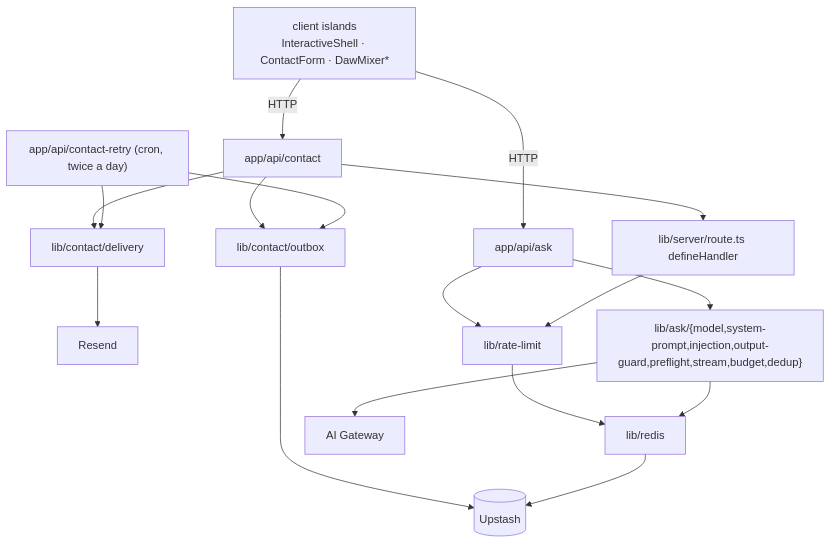
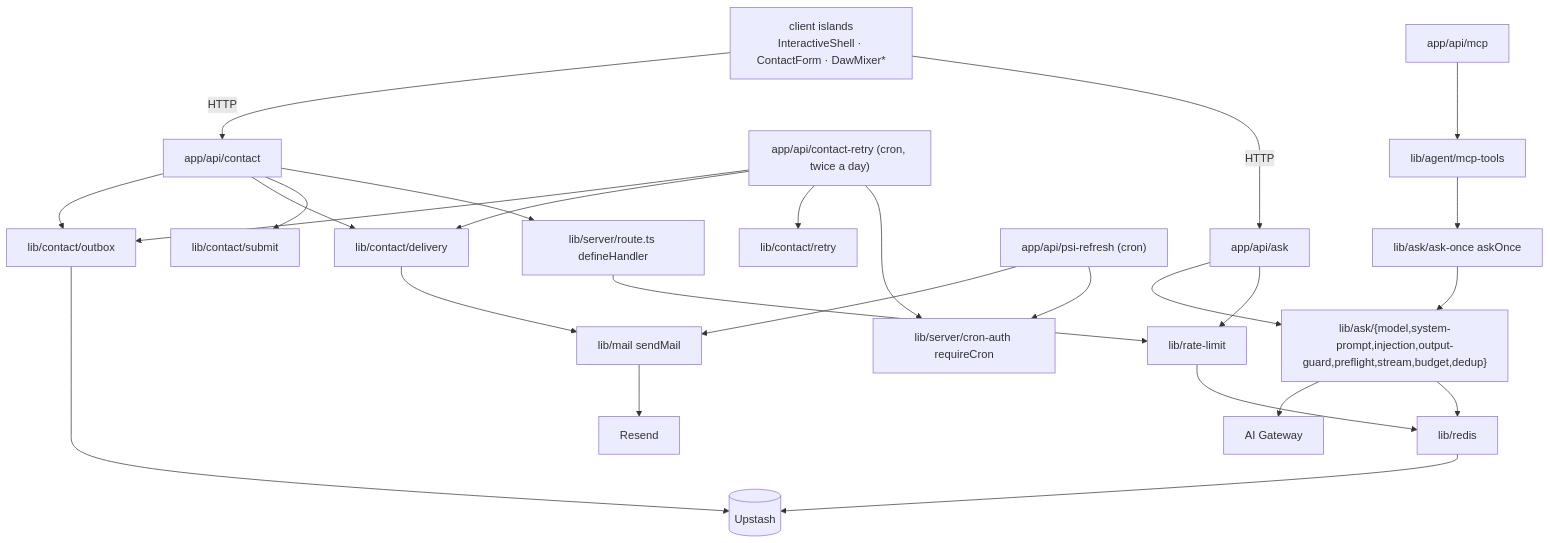
Before and after one commit to erikunha/portfolio: the seventh of 7 diagrams in docs/01-architecture.md, drawn with Mermaid. The commit also changed other lines of this file and 4 other files, not shown here.

First line of the commit message:
docs(architecture): describe in-process MCP ask, one mail sender, contact use cases

````diff
--- a/docs/01-architecture.md
+++ b/docs/01-architecture.md
@@ -146,19 +147,28 @@
 ```mermaid
 flowchart TD
     island["client islands<br/>InteractiveShell · ContactForm · DawMixer*"] -->|HTTP| apiask["app/api/ask"]
     island -->|HTTP| apicontact["app/api/contact"]
     apicontact --> defh["lib/server/route.ts defineHandler"]
+    apicontact --> submit["lib/contact/submit"]
     apicontact --> delivery["lib/contact/delivery"]
     apicontact --> outbox["lib/contact/outbox"]
-    retry["app/api/contact-retry (cron, twice a day)"] --> delivery
+    retry["app/api/contact-retry (cron, twice a day)"] --> cron["lib/server/cron-auth requireCron"]
+    retry --> retrymod["lib/contact/retry"]
+    retry --> delivery
     retry --> outbox
     outbox --> redis
-    delivery --> resend["Resend"]
+    delivery --> mail["lib/mail sendMail"]
+    psirefresh["app/api/psi-refresh (cron)"] --> cron
+    psirefresh --> mail
+    mail --> resend["Resend"]
+    mcp["app/api/mcp"] --> mcptools["lib/agent/mcp-tools"]
+    mcptools --> askonce["lib/ask/ask-once askOnce"]
+    askonce --> askmod
     apiask --> rl["lib/rate-limit"]
     apiask --> askmod["lib/ask/{model,system-prompt,injection,output-guard,preflight,stream,budget,dedup}"]
     defh --> rl
     rl --> rds["lib/redis"]
     askmod --> rds
     rds --> redis[("Upstash")]
     askmod --> gw["AI Gateway"]
 ```
````
